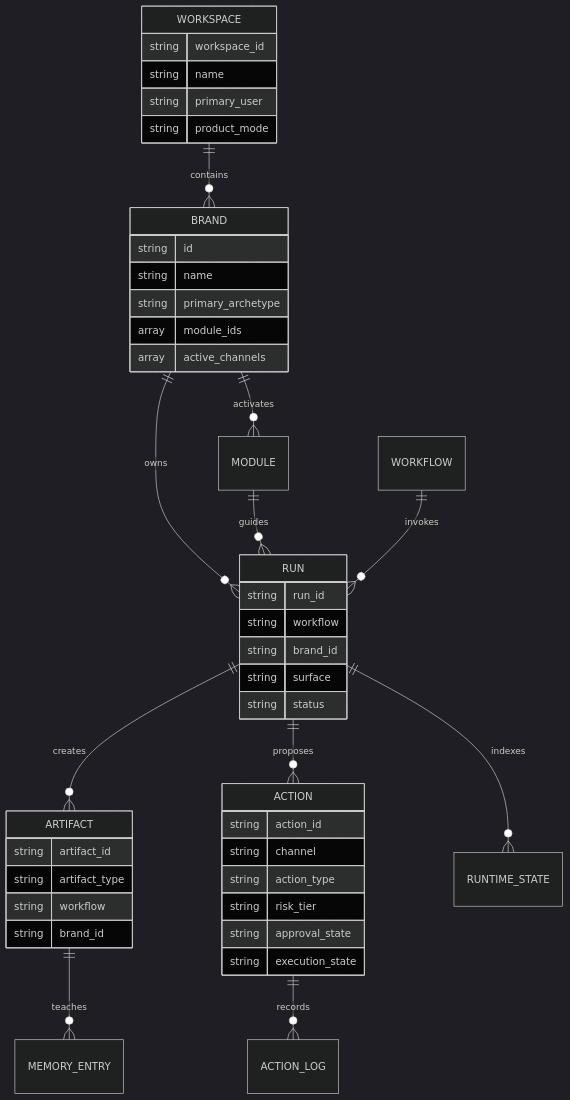
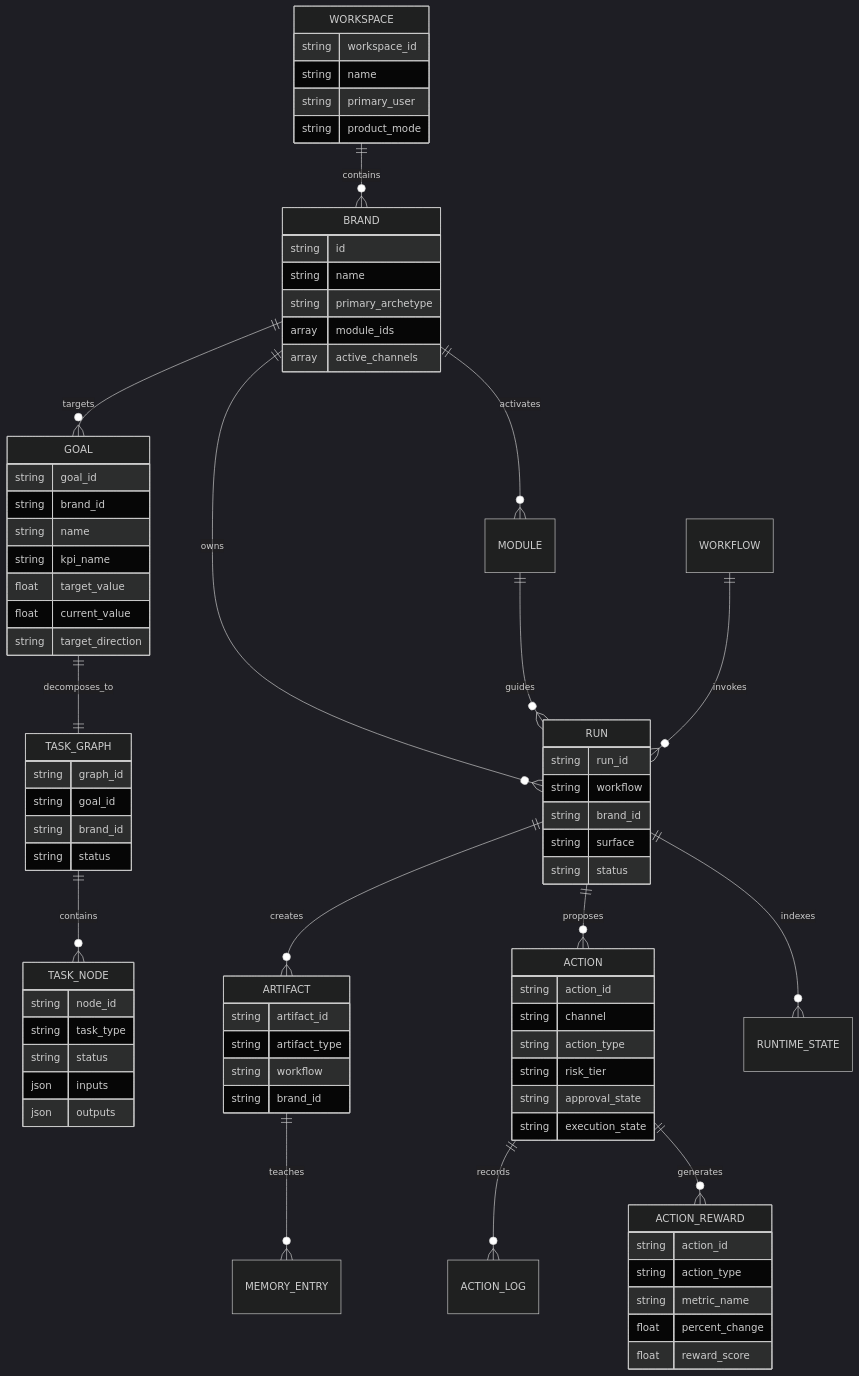
One commit to cgallic/kai-cmo-harness changed the second of 3 diagrams in docs/system/runtime-map.md. Above: the diagram before and after it, drawn with Mermaid (dark theme). The commit also changed other lines of this file and 224 other files, not shown here.

Commit message:
feat: implement goals registry, task graph decomposer, closed-loop rewards, and auto-research integrations with system documentation

````diff
--- a/docs/system/runtime-map.md
+++ b/docs/system/runtime-map.md
@@ -71,12 +88,16 @@
 erDiagram
     WORKSPACE ||--o{ BRAND : contains
     BRAND ||--o{ MODULE : activates
+    BRAND ||--o{ GOAL : targets
+    GOAL ||--|| TASK_GRAPH : decomposes_to
+    TASK_GRAPH ||--o{ TASK_NODE : contains
     BRAND ||--o{ RUN : owns
     MODULE ||--o{ RUN : guides
     WORKFLOW ||--o{ RUN : invokes
     RUN ||--o{ ARTIFACT : creates
     RUN ||--o{ ACTION : proposes
     ACTION ||--o{ ACTION_LOG : records
+    ACTION ||--o{ ACTION_REWARD : generates
     ARTIFACT ||--o{ MEMORY_ENTRY : teaches
     RUN ||--o{ RUNTIME_STATE : indexes
 
@@ -93,6 +114,31 @@
         string primary_archetype
         array module_ids
         array active_channels
+    }
+
+    GOAL {
+        string goal_id
+        string brand_id
+        string name
+        string kpi_name
+        float target_value
+        float current_value
+        string target_direction
+    }
+
+    TASK_GRAPH {
+        string graph_id
+        string goal_id
+        string brand_id
+        string status
+    }
+
+    TASK_NODE {
+        string node_id
+        string task_type
+        string status
+        json inputs
+        json outputs
     }
 
     RUN {
@@ -118,4 +164,12 @@
         string approval_state
         string execution_state
     }
+
+    ACTION_REWARD {
+        string action_id
+        string action_type
+        string metric_name
+        float percent_change
+        float reward_score
+    }
 ```
````
